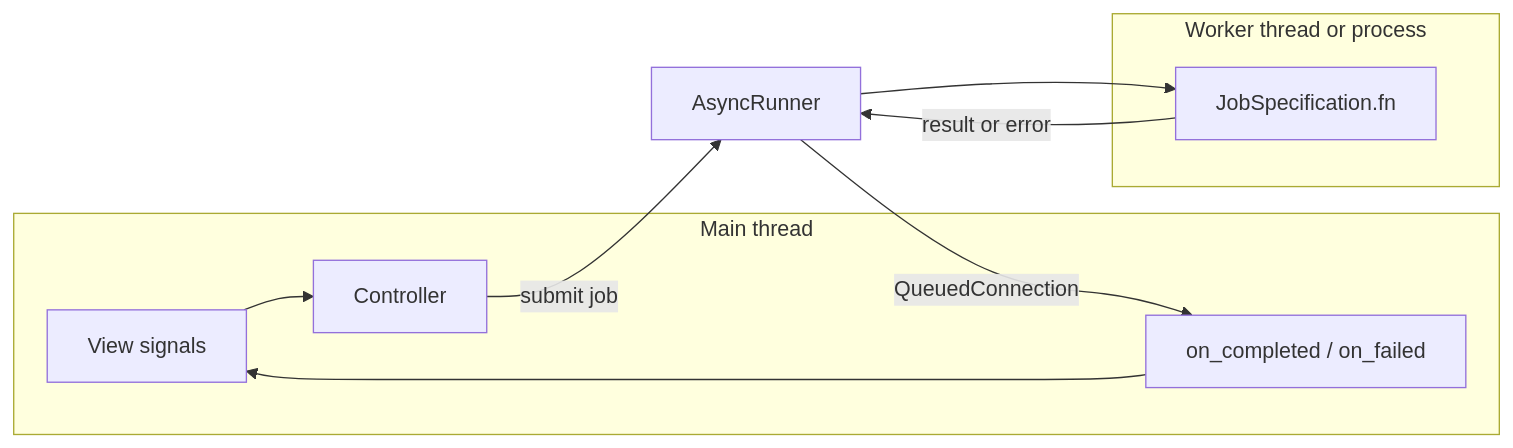
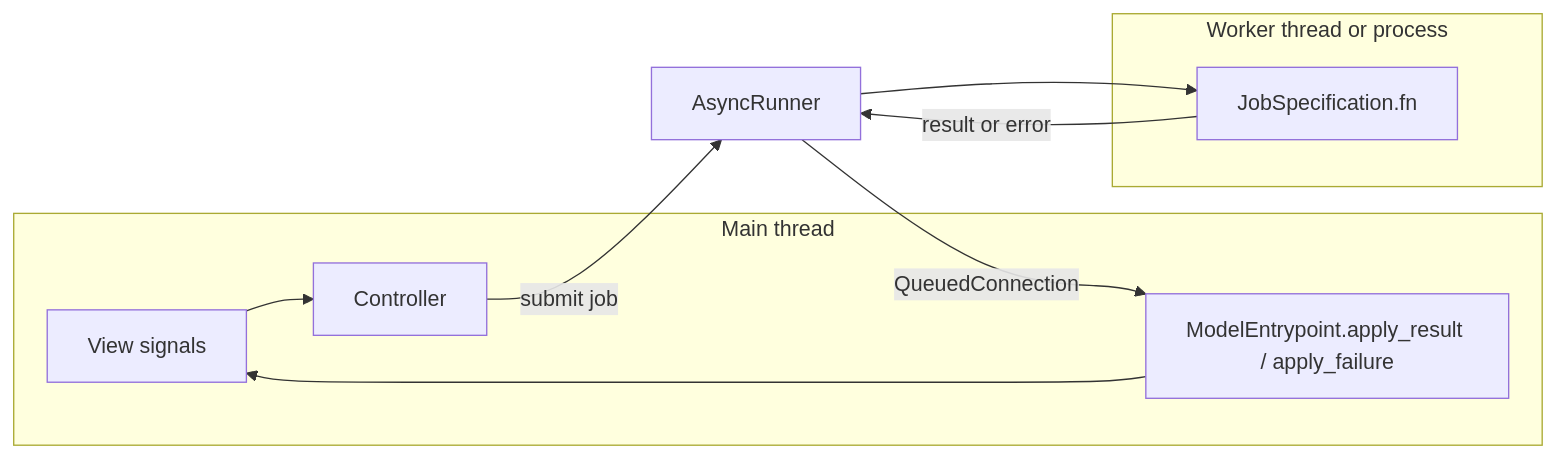
Before and after one commit to LeoooJR/AROW: the diagram in src/HOW_TO_async_jobs.md, drawn with Mermaid. The commit also changed other lines of this file and 8 other files, not shown here.

````diff
--- a/src/HOW_TO_async_jobs.md
+++ b/src/HOW_TO_async_jobs.md
@@ -26,17 +26,17 @@
 ```mermaid
 flowchart LR
   subgraph ui [Main thread]
     V[View signals]
     C[Controller]
-    CB[on_completed / on_failed]
+    CB["ModelEntrypoint.apply_result / apply_failure"]
     V --> C
     CB --> V
   end
   subgraph worker [Worker thread or process]
     FN["JobSpecification.fn"]
   end
   C -->|submit job| R[AsyncRunner]
   R --> FN
   FN -->|result or error| R
   R -->|QueuedConnection| CB
 ```
````
